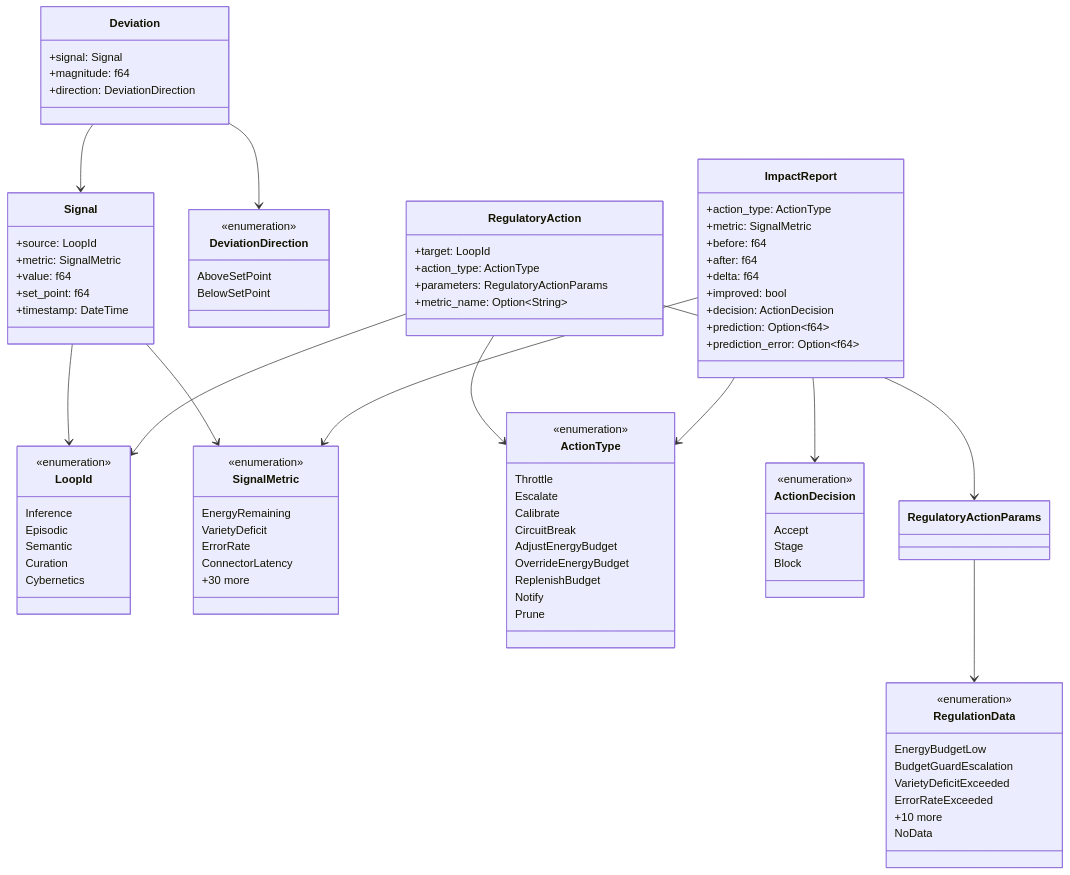
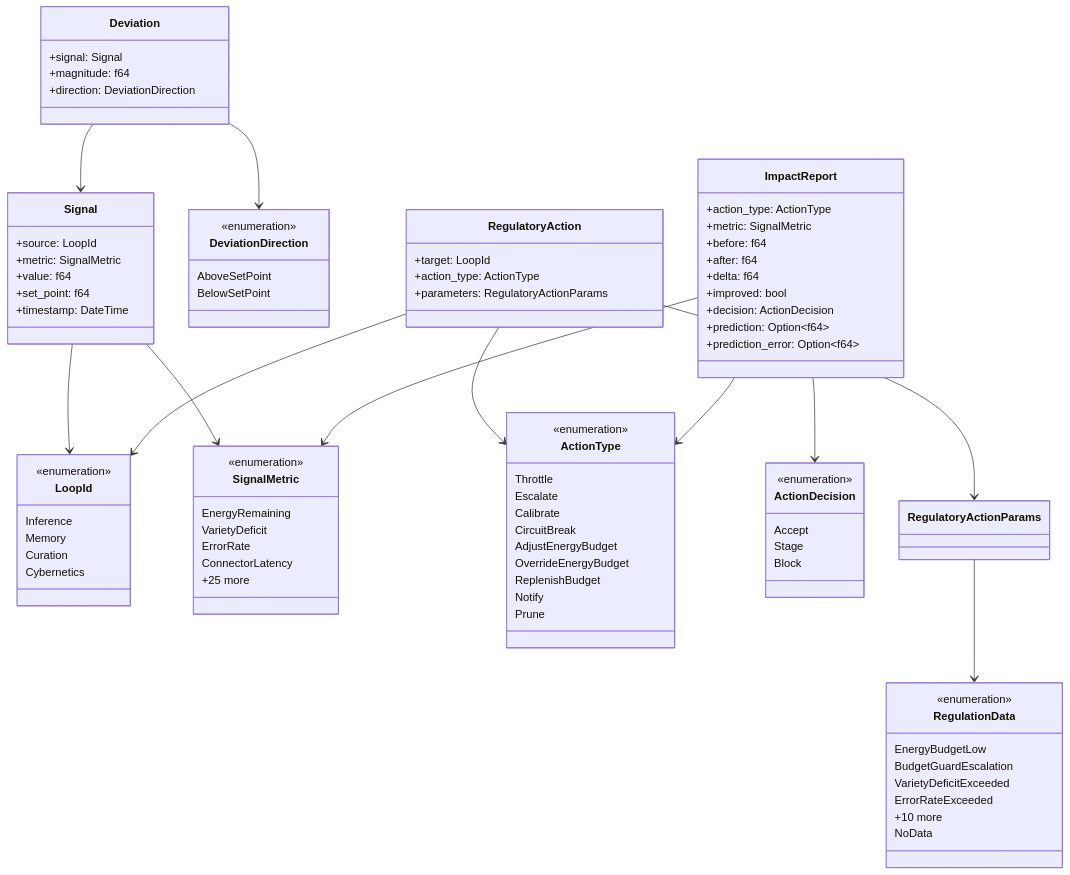
The second of 2 diagrams in kask/docs/diataxis/hkask-regulation/reference.md (mdz-axo/zed-kask), drawn with Mermaid before and after one commit. The commit also changed other lines of this file and 41 other files, not shown here.

```diff
--- a/kask/docs/diataxis/hkask-regulation/reference.md
+++ b/kask/docs/diataxis/hkask-regulation/reference.md
@@ -227,8 +232,7 @@
     class LoopId {
         <<enumeration>>
         Inference
-        Episodic
-        Semantic
+        Memory
         Curation
         Cybernetics
     }
@@ -238,7 +242,7 @@
         VarietyDeficit
         ErrorRate
         ConnectorLatency
-        +30 more
+        +25 more
     }
     class Signal {
         +source: LoopId
@@ -261,7 +265,6 @@
         +target: LoopId
         +action_type: ActionType
         +parameters: RegulatoryActionParams
-        +metric_name: Option~String~
     }
     class ActionType {
         <<enumeration>>
```
